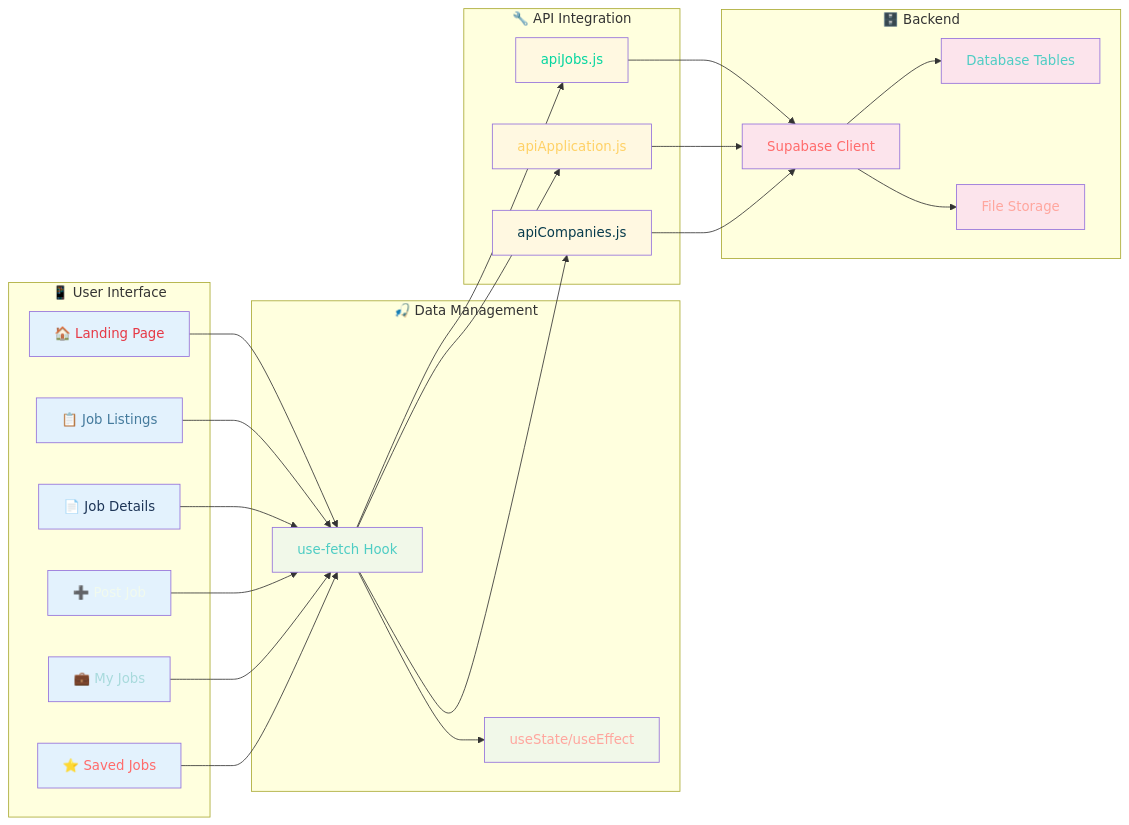
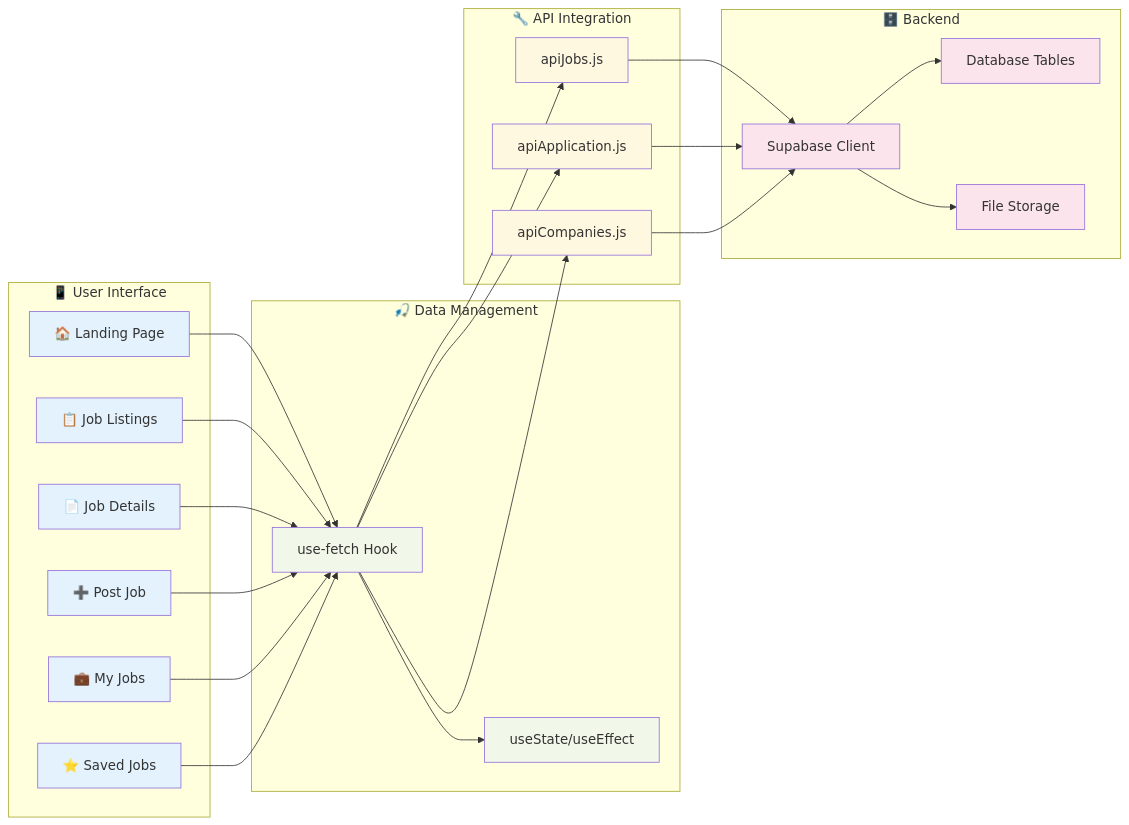
The third of 4 diagrams in README.md (SjxSubham/JOB-SEEK), drawn with Mermaid before and after one commit. The commit also changed other lines of this file and 3 other files, not shown here.

````diff
--- a/README.md
+++ b/README.md
@@ -351,77 +333,57 @@
 ```mermaid
 graph LR
     subgraph "📱 User Interface"
         A[🏠 Landing Page]
         B[📋 Job Listings]
         C[📄 Job Details]
         D[➕ Post Job]
         E[💼 My Jobs]
         F[⭐ Saved Jobs]
     end
     
     subgraph "🎣 Data Management"
         G[use-fetch Hook]
         H[useState/useEffect]
     end
     
     subgraph "🔧 API Integration"
         I[apiJobs.js]
         J[apiApplication.js]
         K[apiCompanies.js]
     end
     
     subgraph "🗄️ Backend"
         L[Supabase Client]
         M[Database Tables]
         N[File Storage]
     end
 
     A --> G
     B --> G
     C --> G
     D --> G
     E --> G
     F --> G
     
     G --> H
     G --> I
     G --> J
     G --> K
     
     I --> L
     J --> L
     K --> L
     
     L --> M
     L --> N
-
-     %% Styling for Frontend nodes
-    style A color:#E63946
-    style B color:#457B9D
-    style C color:#1D3557
-    style D color:#F1FAEE
-    style E color:#A8DADC
     
-    %% Styling for Backend nodes
-    style F color:#FF6B6B
-    style G color:#4ECDC4
-    style H color:#FFA69E
-    
-    %% Styling for Database nodes
-    style I color:#06D6A0
-    style J color:#FFD166
-    style K color:#073B4C
-    style L color:#FF6B6B
-    style M color:#4ECDC4
-    style N color:#FFA69E
-
     classDef ui fill:#e3f2fd
     classDef data fill:#f1f8e9
     classDef api fill:#fff8e1
     classDef backend fill:#fce4ec
     
     class A,B,C,D,E,F ui
     class G,H data
     class I,J,K api
     class L,M,N backend
 ```
````
